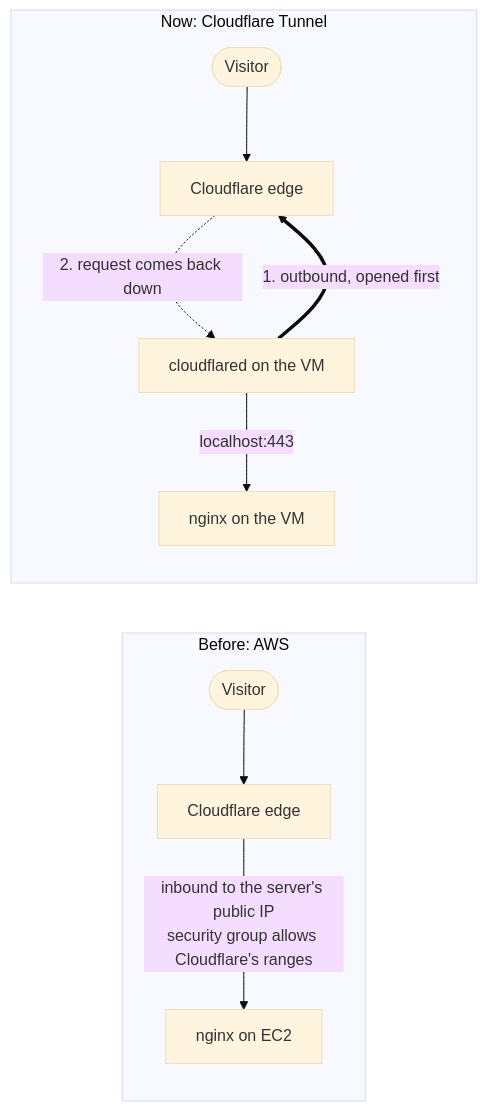
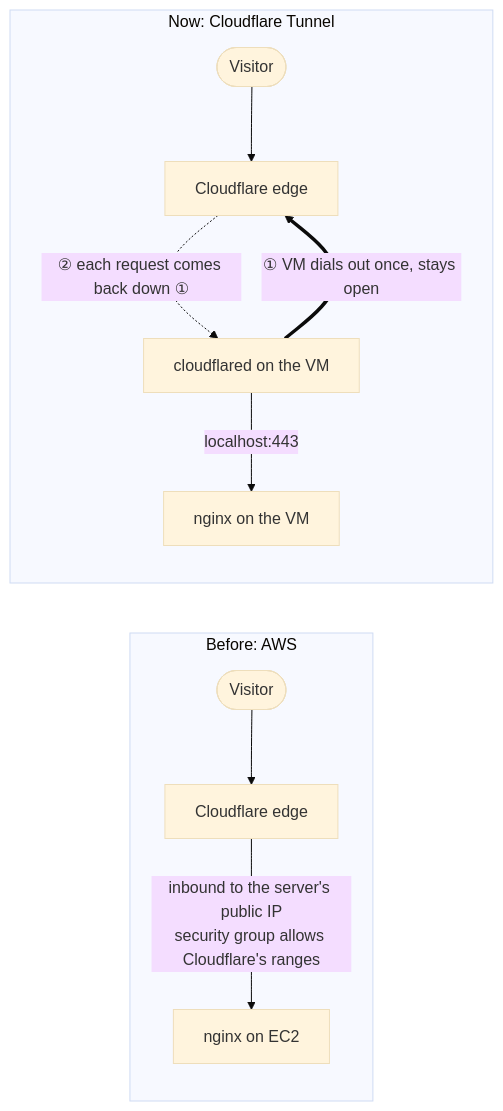
Before and after one commit to pokharelsandeep333-commits/SandeepCloud-IAC: the second of 4 diagrams in README.md, drawn with Mermaid (base theme). The commit also changed other lines of this file, not shown here.

First line of the commit message:
docs(readme): show both doors and the tunnel's two steps in the architecture (#22)

````diff
--- a/README.md
+++ b/README.md
@@ -88,13 +98,13 @@
 ```mermaid
 flowchart LR
     subgraph before["Before: AWS"]
         v1([Visitor]) --> e1[Cloudflare edge]
         e1 -->|"inbound to the server's public IP<br/>security group allows Cloudflare's ranges"| n1[nginx on EC2]
     end
     subgraph now["Now: Cloudflare Tunnel"]
         v2([Visitor]) --> e2[Cloudflare edge]
-        c2[cloudflared on the VM] ==>|"1. outbound, opened first"| e2
-        e2 -.->|"2. request comes back down"| c2
+        c2[cloudflared on the VM] ==>|"① VM dials out once, stays open"| e2
+        e2 -.->|"② each request comes back down ①"| c2
         c2 -->|localhost:443| n2[nginx on the VM]
     end
 ```
````
